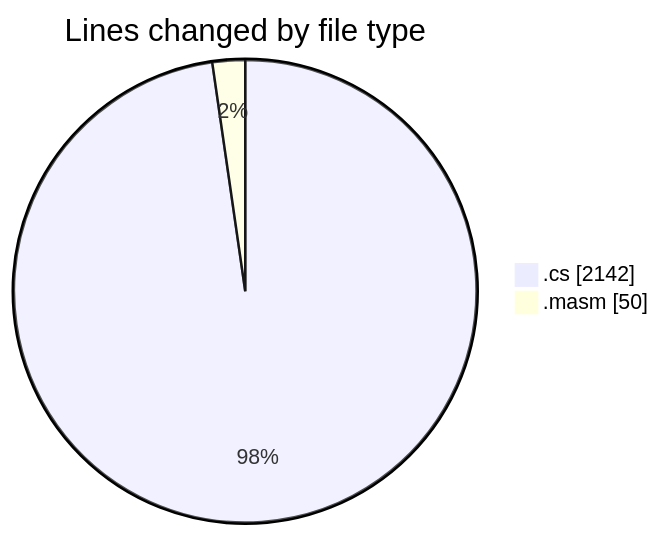
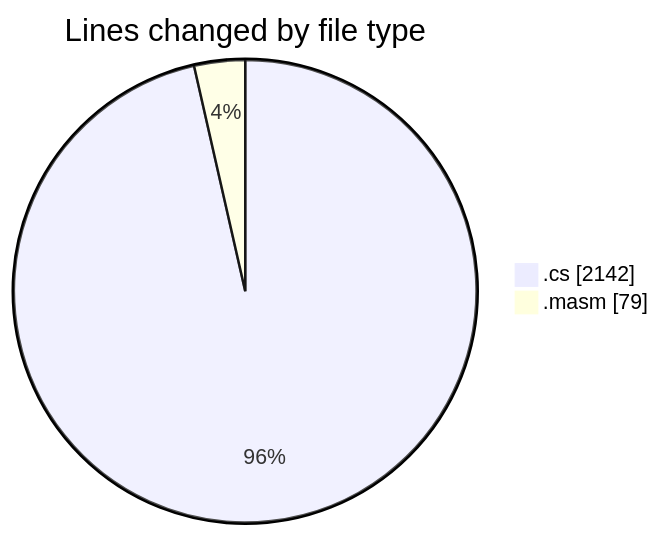
One commit to charlie-sans/code-tracking changed the first of 2 diagrams in 2025-03-17/sharpmasm/README.md. Above: the diagram before and after it, drawn with Mermaid. The commit also changed other lines of this file and 1 other file, not shown here.

````diff
--- a/2025-03-17/sharpmasm/README.md
+++ b/2025-03-17/sharpmasm/README.md
@@ -24,6 +25,6 @@
 ```mermaid
 pie showData
 title Lines changed by file type
 ".cs" : 2142
-".masm" : 50
+".masm" : 79
 ```
````
